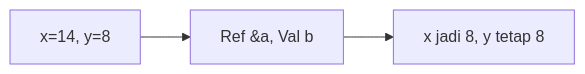
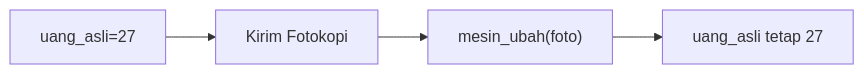
One commit to amnahwaida/OSNK_INF_PREP changed the eighth of 25 diagrams in part-c-pemahaman-cpp/04-fungsi/latihan/set-09.md. Above: the diagram before and after it, drawn with Mermaid. The commit also changed other lines of this file and 71 other files, not shown here.

````diff
--- a/part-c-pemahaman-cpp/04-fungsi/latihan/set-09.md
+++ b/part-c-pemahaman-cpp/04-fungsi/latihan/set-09.md
@@ -208,5 +217,6 @@
 ```mermaid
 graph LR
-A["x=14, y=8"] --> B["Ref &a, Val b"]
-B --> C["x jadi 8, y tetap 8"]
+A["uang_asli=27"] --> B["Kirim Fotokopi"]
+B --> C["mesin_ubah(foto)"]
+C --> D["uang_asli tetap 27"]
 ```
````
